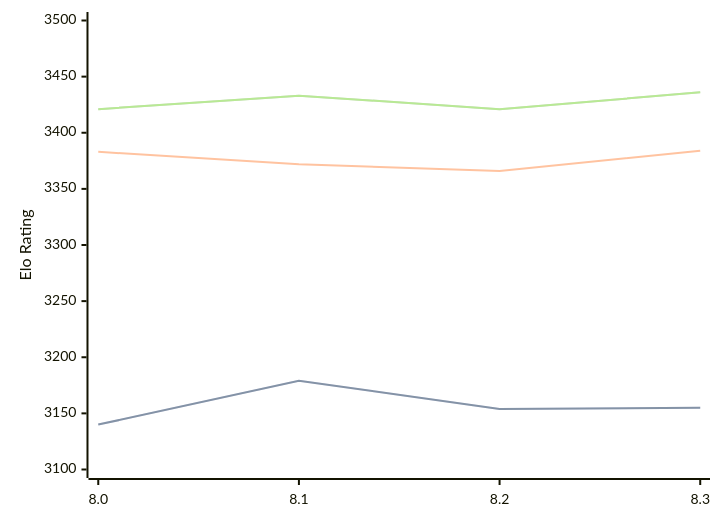
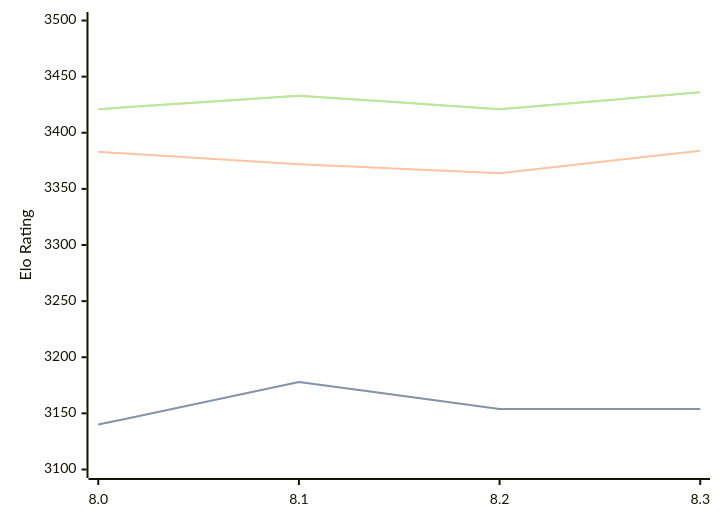
One commit to computer-chess-index/cci changed the diagram in engines/Alexander.md. Above: the diagram before and after it, drawn with Mermaid. The commit also changed other lines of this file, not shown here.

````diff
--- a/engines/Alexander.md
+++ b/engines/Alexander.md
@@ -34,11 +34,11 @@
 ```mermaid
 %%{init: {"theme":"base","themeVariables":{"seriesColors:['#a3a3a3','#222221','#faa371']}}}%%
 xychart-beta
   x-axis ["8.0", "8.1", "8.2", "8.3"]
   y-axis "Elo Rating" 3100 --> 3500
-  line "" [3140, 3179, 3154, 3155]
-  line "STC (8.0+0.08s)" [3140, 3179, 3154, 3155]
-  line "LTC (60.0+0.60s)" [3383, 3372, 3366, 3384]
+  line "" [3140, 3178, 3154, 3154]
+  line "STC (8.0+0.08s)" [3140, 3178, 3154, 3154]
+  line "LTC (60.0+0.60s)" [3383, 3372, 3364, 3384]
   line "" [3421, 3433, 3421, 3436]
   line "VLTC (2m24s+1.12s)" [3421, 3433, 3421, 3436]
 ```
````
